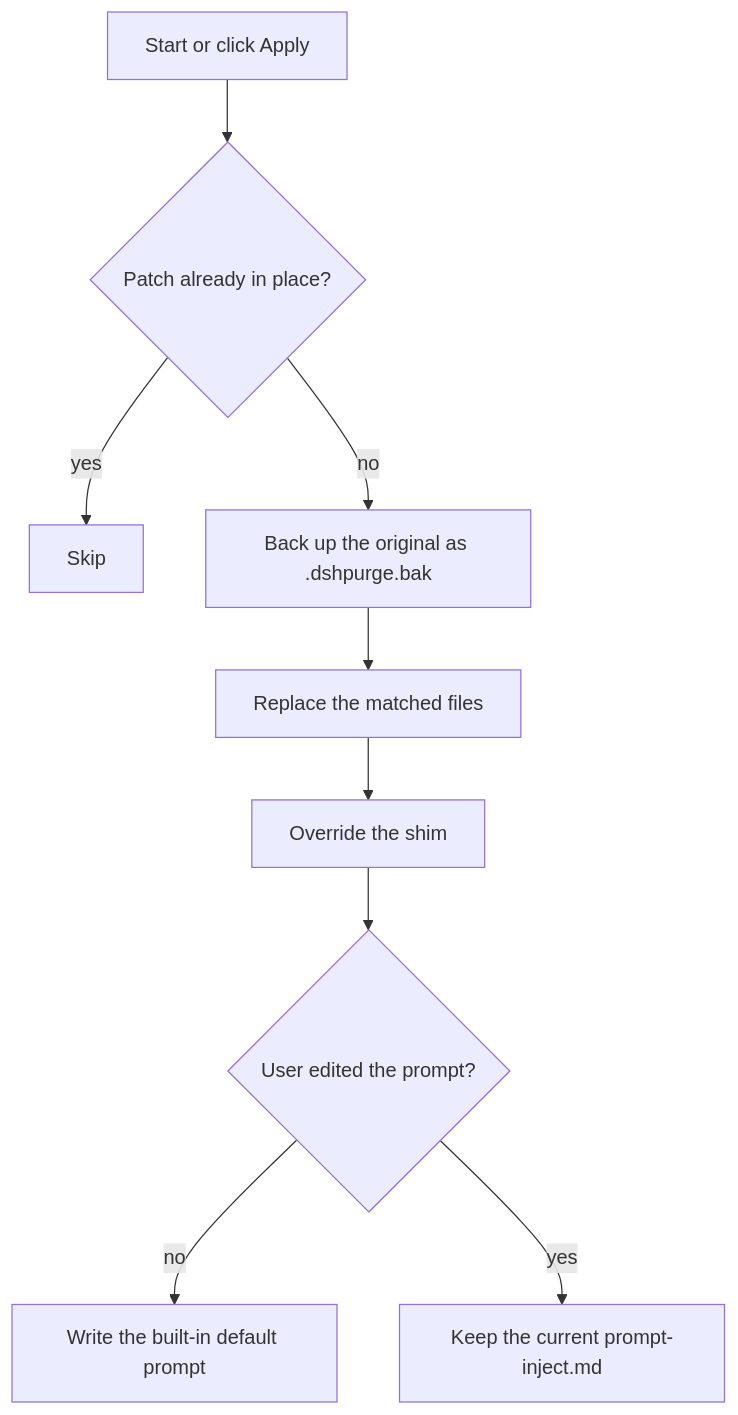
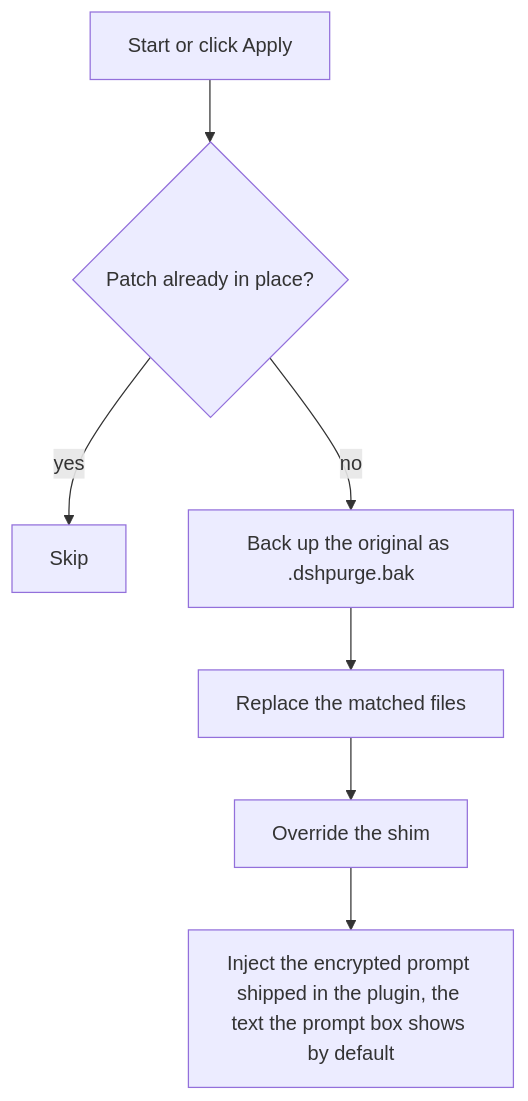
One commit to 89096000/dsh-purge changed the first of 3 diagrams in README.md. Above: the diagram before and after it, drawn with Mermaid. The commit also changed other lines of this file and 24 other files, not shown here.

````diff
--- a/README.md
+++ b/README.md
@@ -688,11 +693,9 @@
 ```mermaid
 flowchart TD
   A["Start or click Apply"] --> B{"Patch already in place?"}
   B -->|yes| C["Skip"]
   B -->|no| D["Back up the original as .dshpurge.bak"]
   D --> E["Replace the matched files"]
   E --> F["Override the shim"]
-  F --> G{"User edited the prompt?"}
-  G -->|no| H["Write the built-in default prompt"]
-  G -->|yes| I["Keep the current prompt-inject.md"]
+  F --> G["Inject the encrypted prompt shipped in the plugin, the text the prompt box shows by default"]
 ```
````
